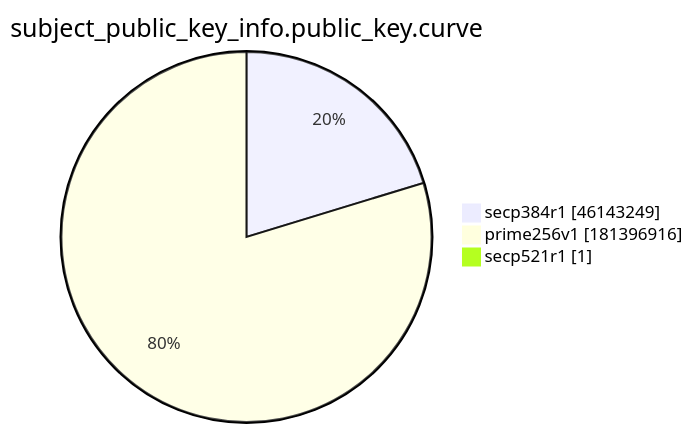
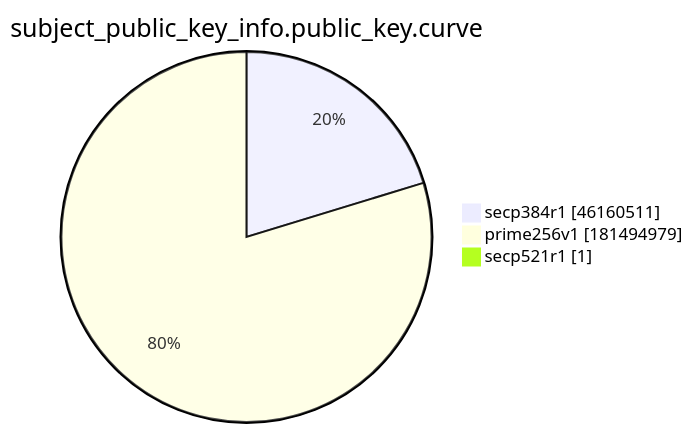
The ninth of 15 diagrams in xenon2022/README.md (christiankrug/ctmonitor_visualization), drawn with Mermaid before and after one commit. The commit also changed other lines of this file, not shown here.

````diff
--- a/xenon2022/README.md
+++ b/xenon2022/README.md
@@ -2874,7 +2874,7 @@
 ```mermaid
 pie showData
 title subject_public_key_info.public_key.curve
-"secp384r1" :46143249
-"prime256v1" :181396916
+"secp384r1" :46160511
+"prime256v1" :181494979
 "secp521r1" :1
 ```
````
